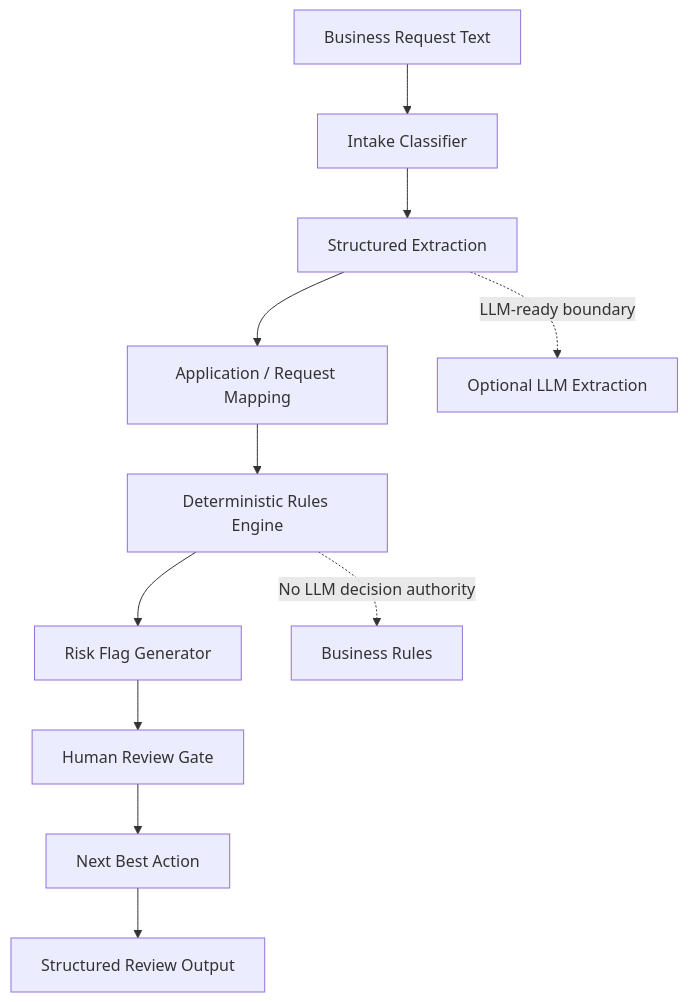
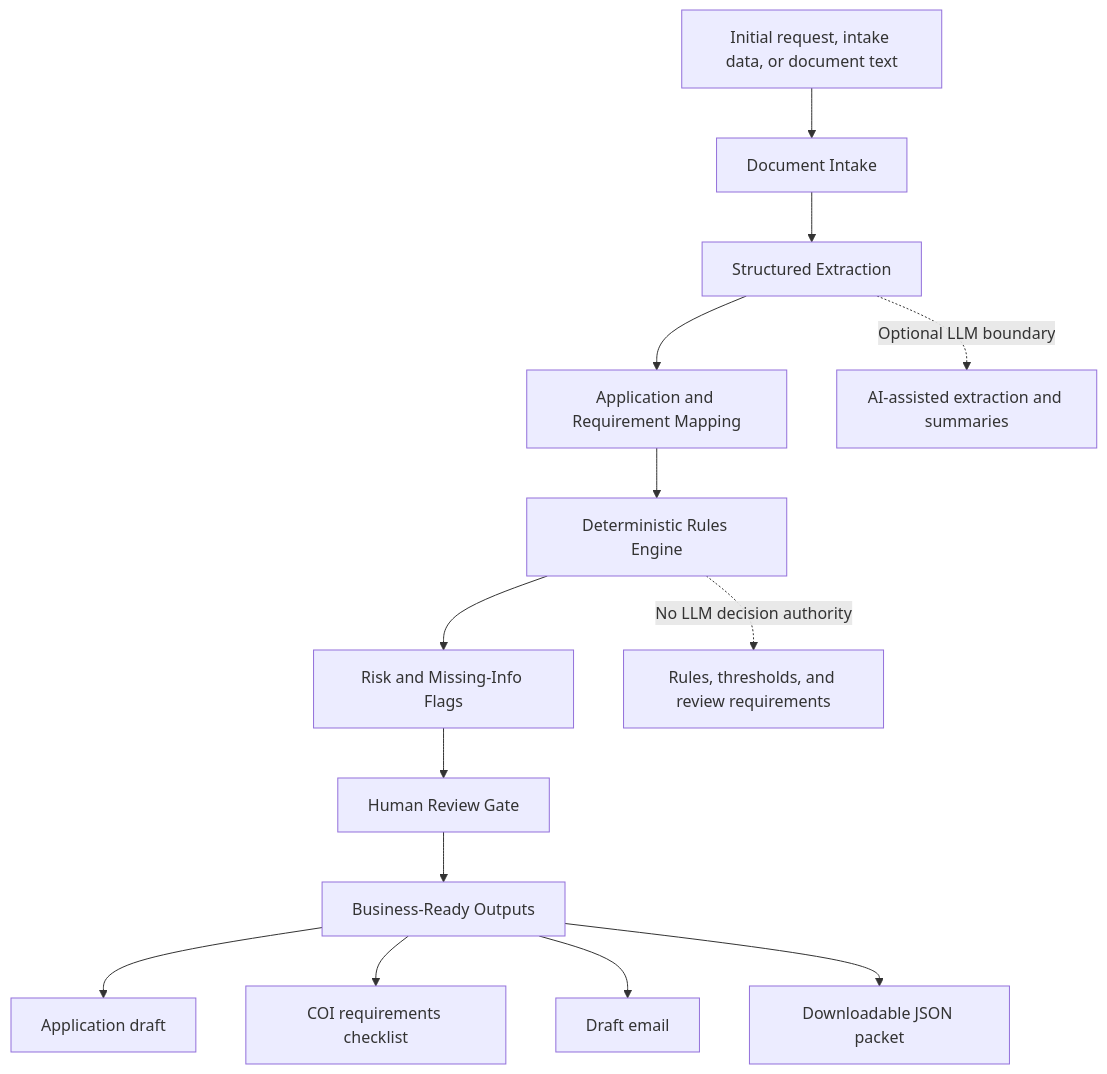
One commit to Tondie-HSPI/business-review-ai-orchestration changed the diagram in README.md. Above: the diagram before and after it, drawn with Mermaid. The commit also changed other lines of this file, not shown here.

````diff
--- a/README.md
+++ b/README.md
@@ -56,14 +51,17 @@
 ```mermaid
 flowchart TD
-    A["Business Request Text"] --> B["Intake Classifier"]
+    A["Initial request, intake data, or document text"] --> B["Document Intake"]
     B --> C["Structured Extraction"]
-    C --> D["Application / Request Mapping"]
+    C --> D["Application and Requirement Mapping"]
     D --> E["Deterministic Rules Engine"]
-    E --> F["Risk Flag Generator"]
+    E --> F["Risk and Missing-Info Flags"]
     F --> G["Human Review Gate"]
-    G --> H["Next Best Action"]
-    H --> I["Structured Review Output"]
+    G --> H["Business-Ready Outputs"]
 
-    C -. "LLM-ready boundary" .-> C1["Optional LLM Extraction"]
-    E -. "No LLM decision authority" .-> E1["Business Rules"]
+    C -. "Optional LLM boundary" .-> C1["AI-assisted extraction and summaries"]
+    E -. "No LLM decision authority" .-> E1["Rules, thresholds, and review requirements"]
+    H --> I["Application draft"]
+    H --> J["COI requirements checklist"]
+    H --> K["Draft email"]
+    H --> L["Downloadable JSON packet"]
 ```
````
